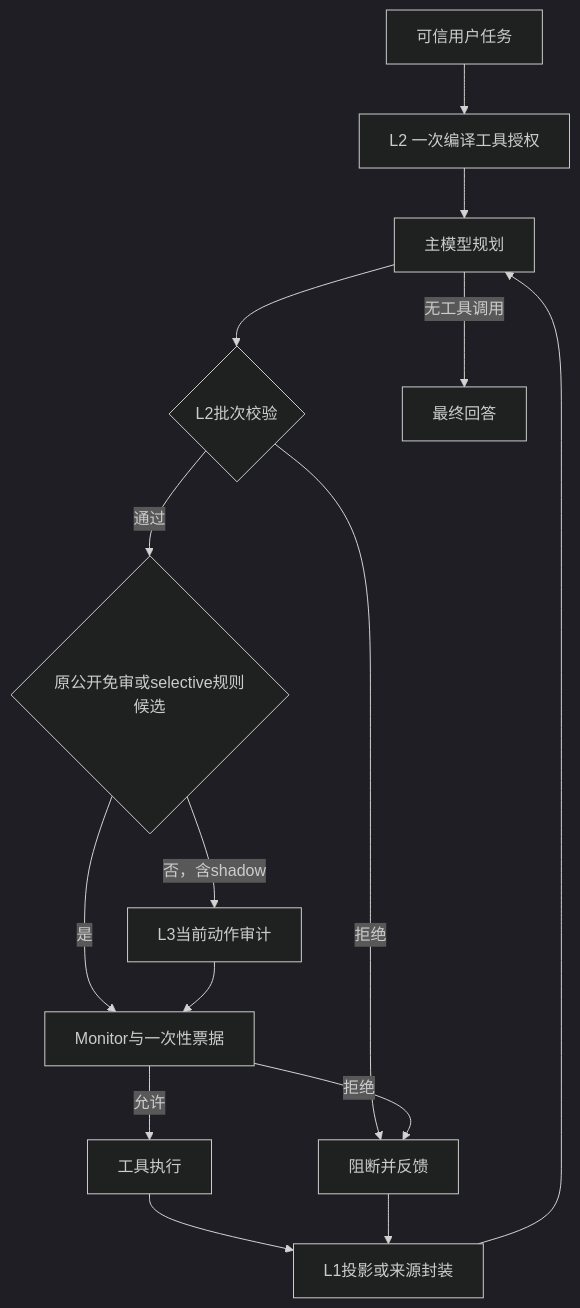
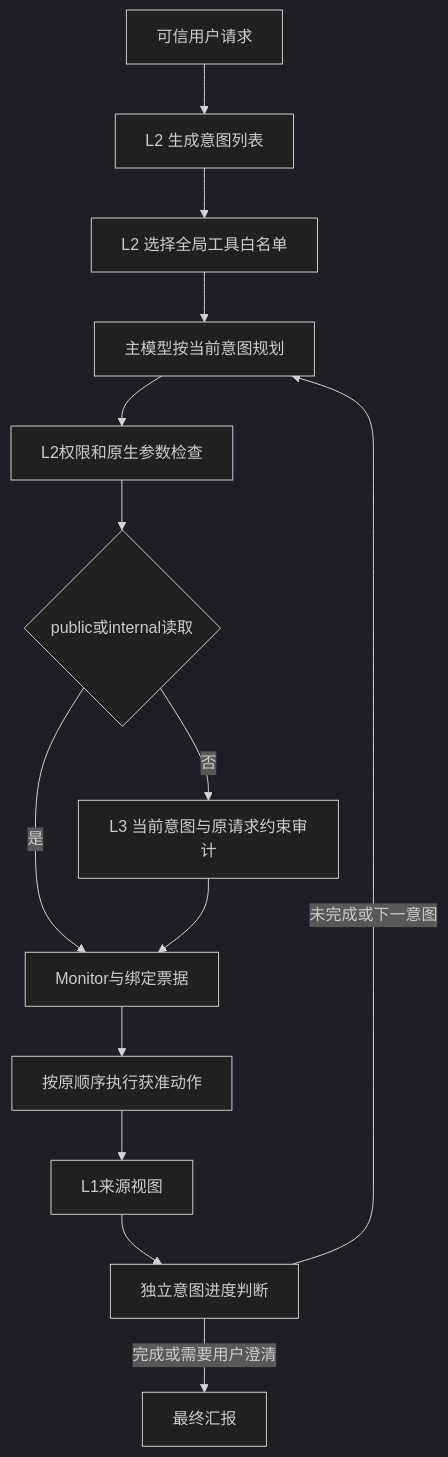
Before and after one commit to Walker-luo/DSCG: the diagram in README.md, drawn with Mermaid (dark theme). The commit also changed other lines of this file and 44 other files, not shown here.

````diff
--- a/README.md
+++ b/README.md
@@ -36,17 +28,16 @@
 ```mermaid
 flowchart TD
-    U[可信用户任务] --> C[L2 一次编译工具授权]
-    C --> M[主模型规划]
-    M --> P{L2批次校验}
-    P -->|拒绝| D[阻断并反馈]
-    P -->|通过| R{原公开免审或selective规则候选}
-    R -->|是| V[Monitor与一次性票据]
-    R -->|否，含shadow| A[L3当前动作审计]
+    U[可信用户请求] --> I[L2 生成意图列表]
+    I --> W[L2 选择全局工具白名单]
+    W --> M[主模型按当前意图规划]
+    M --> P[L2权限和原生参数检查]
+    P --> R{public或internal读取}
+    R -->|是| V[Monitor与绑定票据]
+    R -->|否| A[L3 当前意图与原请求约束审计]
     A --> V
-    V -->|允许| E[工具执行]
-    V -->|拒绝| D
-    E --> L[L1投影或来源封装]
-    D --> L
-    L --> M
-    M -->|无工具调用| F[最终回答]
+    V --> E[按原顺序执行获准动作]
+    E --> L[L1来源视图]
+    L --> G[独立意图进度判断]
+    G -->|未完成或下一意图| M
+    G -->|完成或需要用户澄清| F[最终汇报]
 ```
````
